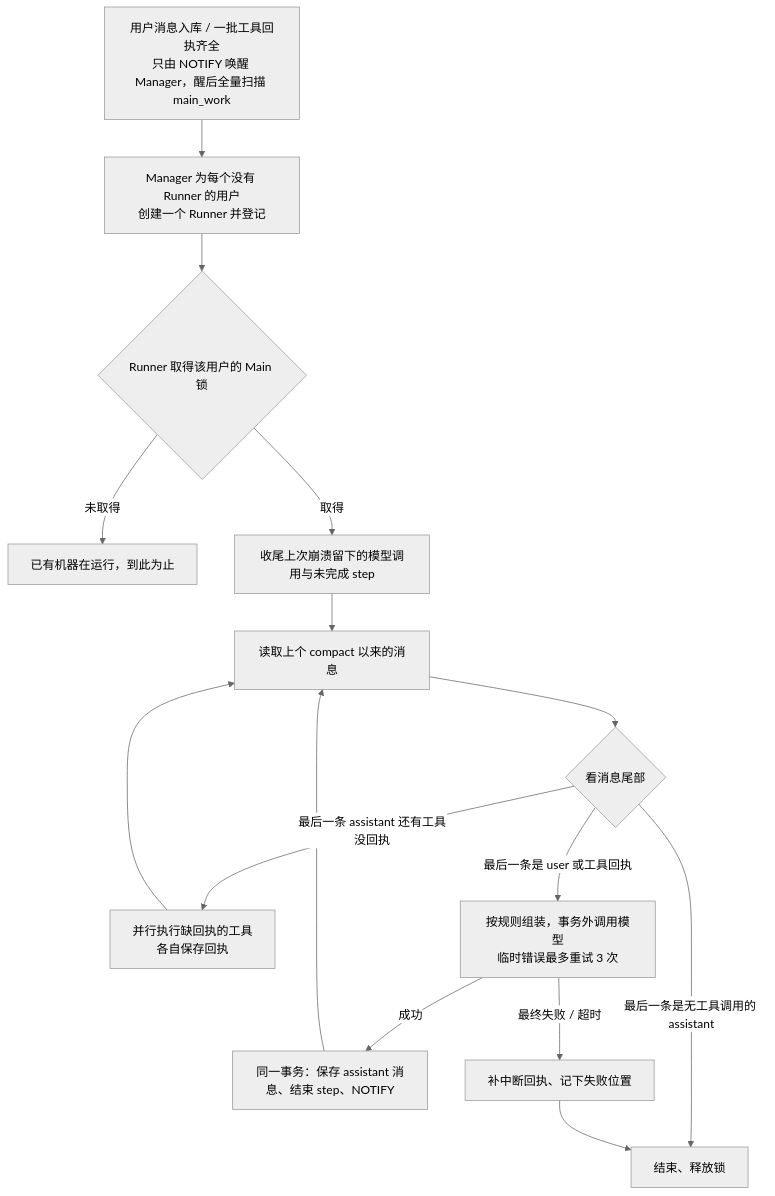
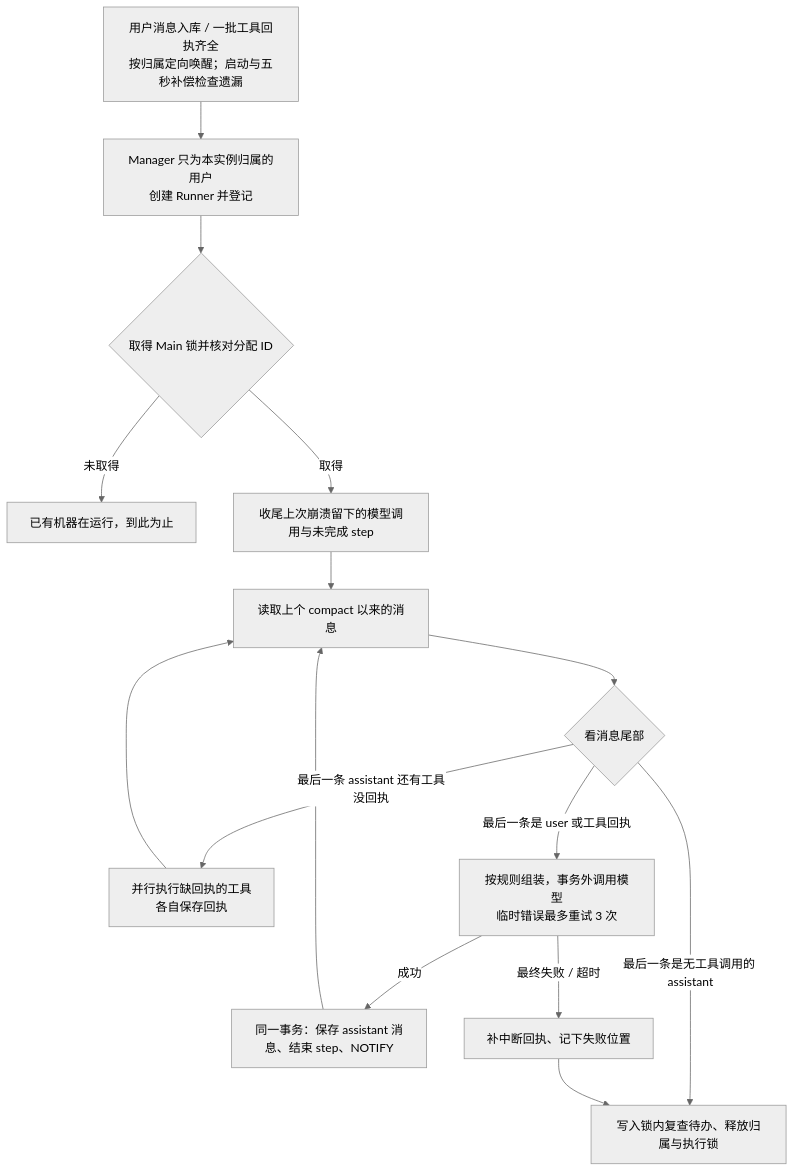
One commit to OmniNetOpensource/aether-personal changed the first of 2 diagrams in docs/wiki/05-main-runtime.md. Above: the diagram before and after it, drawn with Mermaid (neutral theme). The commit also changed other lines of this file and 13 other files, not shown here.

Commit message:
refactor(backend): release database connections between Main operations

````diff
--- a/docs/wiki/05-main-runtime.md
+++ b/docs/wiki/05-main-runtime.md
@@ -67,17 +70,17 @@
 ```mermaid
 flowchart TD
-    WAKE["用户消息入库 / 一批工具回执齐全<br/>只由 NOTIFY 唤醒 Manager，醒后全量扫描 main_work"] --> CREATE["Manager 为每个没有 Runner 的用户<br/>创建一个 Runner 并登记"]
-    CREATE --> LOCK{"Runner 取得该用户的 Main 锁"}
+    WAKE["用户消息入库 / 一批工具回执齐全<br/>按归属定向唤醒；启动与五秒补偿检查遗漏"] --> CREATE["Manager 只为本实例归属的用户<br/>创建 Runner 并登记"]
+    CREATE --> LOCK{"取得 Main 锁并核对分配 ID"}
     LOCK -->|未取得| WAIT["已有机器在运行，到此为止"]
     LOCK -->|取得| RECOVER["收尾上次崩溃留下的模型调用与未完成 step"]
     RECOVER --> LOAD["读取上个 compact 以来的消息"]
     LOAD --> TAIL{"看消息尾部"}
     TAIL -->|最后一条 assistant 还有工具没回执| TOOL["并行执行缺回执的工具<br/>各自保存回执"]
     TOOL --> LOAD
     TAIL -->|最后一条是 user 或工具回执| CALL["按规则组装，事务外调用模型<br/>临时错误最多重试 3 次"]
     CALL -->|成功| SAVE["同一事务：保存 assistant 消息、结束 step、NOTIFY"]
     SAVE --> LOAD
-    TAIL -->|最后一条是无工具调用的 assistant| RELEASE["结束、释放锁"]
+    TAIL -->|最后一条是无工具调用的 assistant| RELEASE["写入锁内复查待办、释放归属与执行锁"]
     CALL -->|最终失败 / 超时| FAIL["补中断回执、记下失败位置"]
     FAIL --> RELEASE
 ```
````
